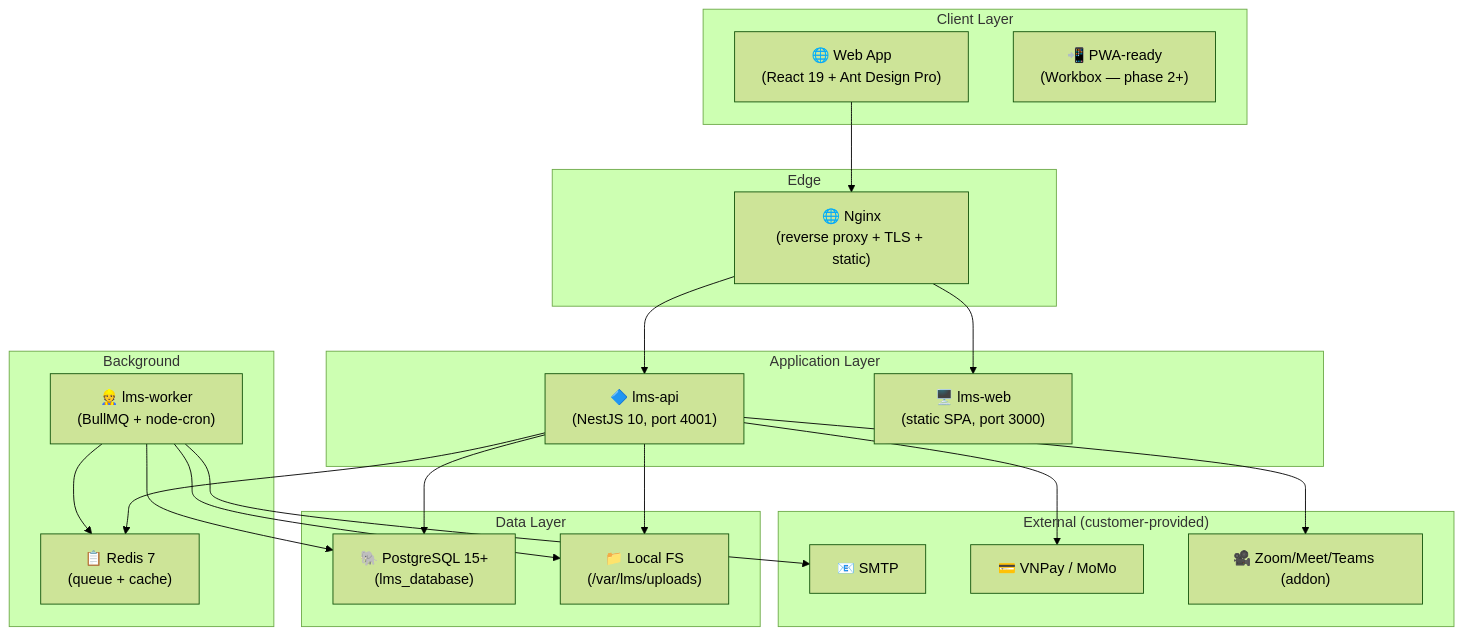
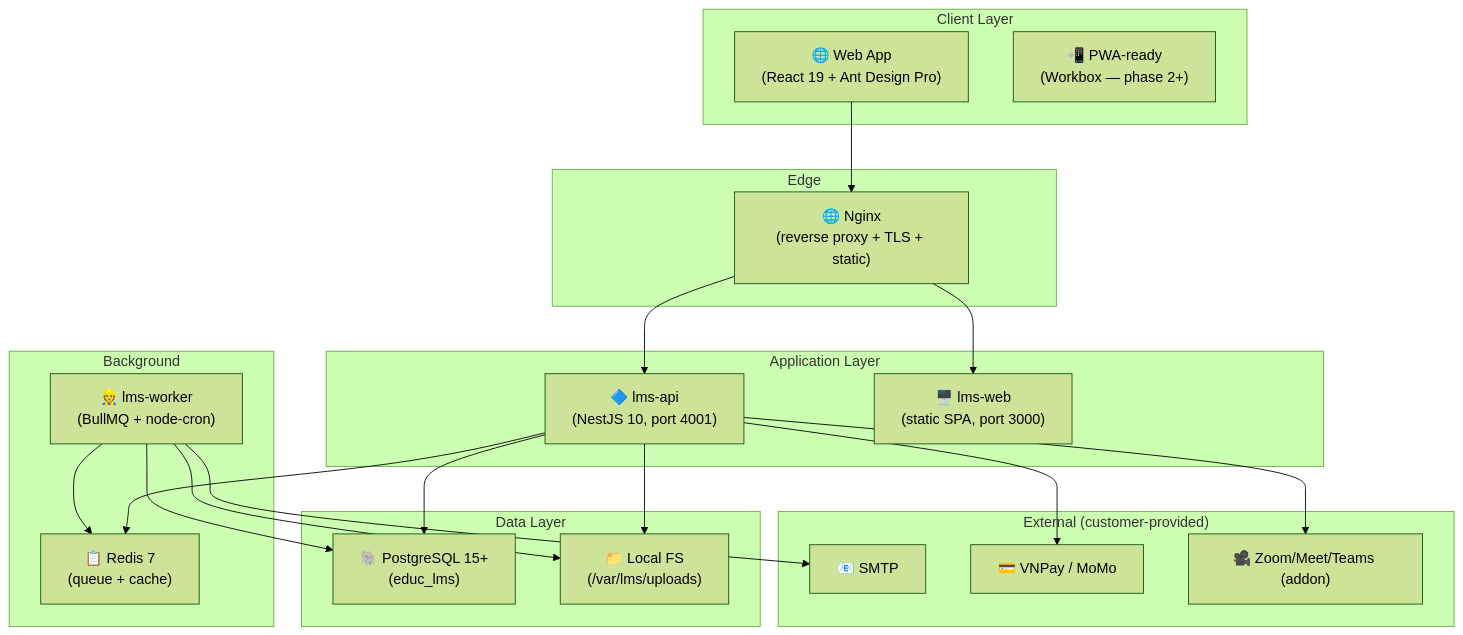
The diagram in docs/01-architecture.md (quocanhcgd/HNLMSV2), drawn with Mermaid (forest theme) before and after one commit. The commit also changed other lines of this file and 6 other files, not shown here.

First line of the commit message:
docs(db): unify DB name/user/pass — educ_lms / lms / lms_dev everywhere

````diff
--- a/docs/01-architecture.md
+++ b/docs/01-architecture.md
@@ -15,45 +15,45 @@
 ```mermaid
 graph TB
     subgraph "Client Layer"
         Web["🌐 Web App<br/>(React 19 + Ant Design Pro)"]
         PWA["📲 PWA-ready<br/>(Workbox — phase 2+)"]
     end
 
     subgraph "Edge"
         Nginx["🌐 Nginx<br/>(reverse proxy + TLS + static)"]
     end
 
     subgraph "Application Layer"
         API["🔷 lms-api<br/>(NestJS 10, port 4001)"]
         WebSrv["🖥️ lms-web<br/>(static SPA, port 3000)"]
     end
 
     subgraph "Background"
         Worker["👷 lms-worker<br/>(BullMQ + node-cron)"]
         Queue["📋 Redis 7<br/>(queue + cache)"]
     end
 
     subgraph "Data Layer"
-        PG["🐘 PostgreSQL 15+<br/>(lms_database)"]
+        PG["🐘 PostgreSQL 15+<br/>(educ_lms)"]
         FS["📁 Local FS<br/>(/var/lms/uploads)"]
     end
 
     subgraph "External (customer-provided)"
         SMTP["📧 SMTP"]
         Pay["💳 VNPay / MoMo"]
         Meet["🎥 Zoom/Meet/Teams (addon)"]
     end
 
     Web --> Nginx
     Nginx --> WebSrv
     Nginx --> API
     API --> PG
     API --> Queue
     API --> FS
     Worker --> Queue
     Worker --> PG
     Worker --> FS
     Worker --> SMTP
     API --> Pay
     API --> Meet
 ```
````
